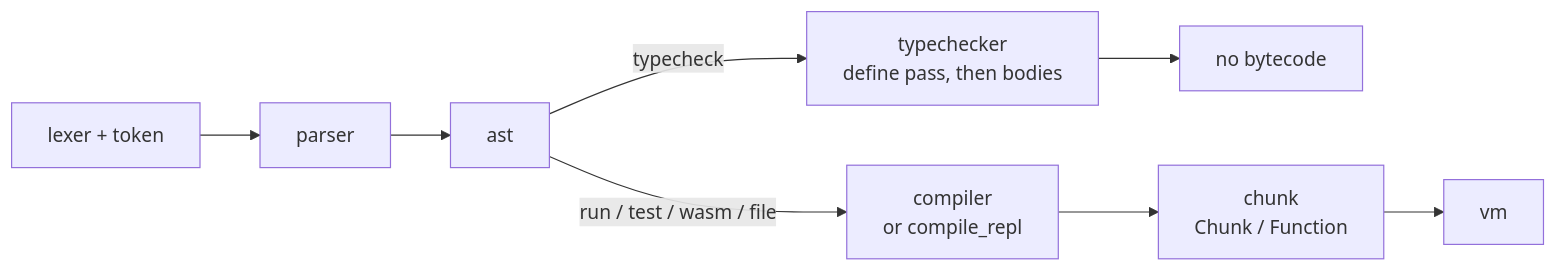
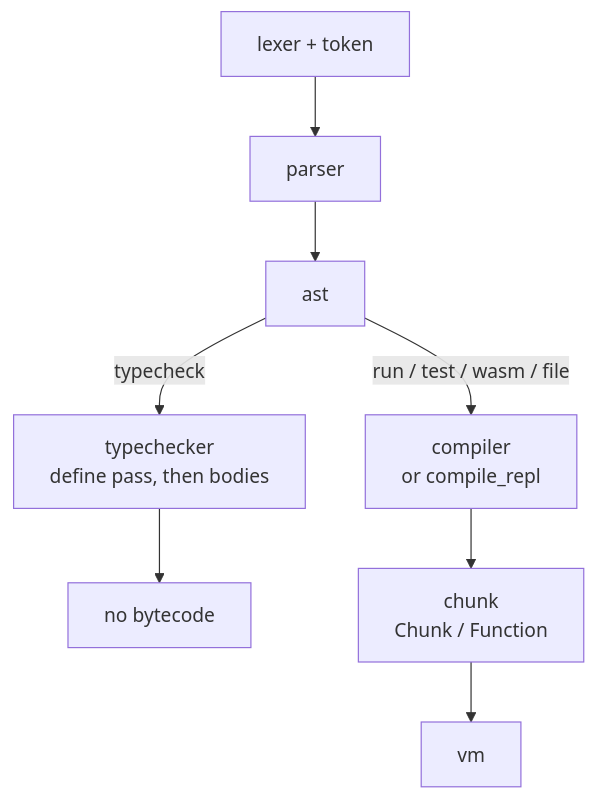
The first of 3 diagrams in docs/architecture.md (nithinbekal/sapphire), drawn with Mermaid before and after one commit.

Commit message:
make exec pipeline flowchart top-bottom

````diff
--- a/docs/architecture.md
+++ b/docs/architecture.md
@@ -43,9 +43,9 @@
 ```mermaid
-flowchart LR
+flowchart TB
   L["lexer + token"] --> P[parser] --> A[ast]
   A -->|typecheck| TC[typechecker<br/>define pass, then bodies]
   A -->|run / test / wasm / file| CMP["compiler<br/>or compile_repl"]
   TC --> STOP[no bytecode]
   CMP --> CH["chunk<br/>Chunk / Function"]
   CH --> V[vm]
 ```
````
